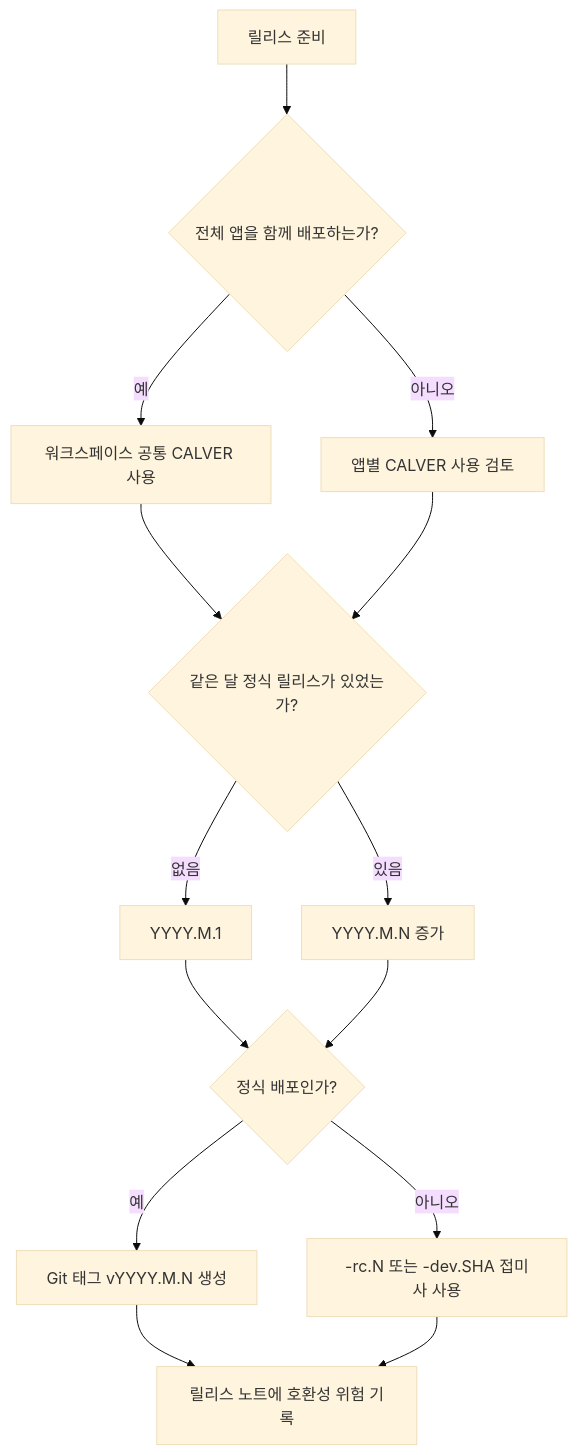
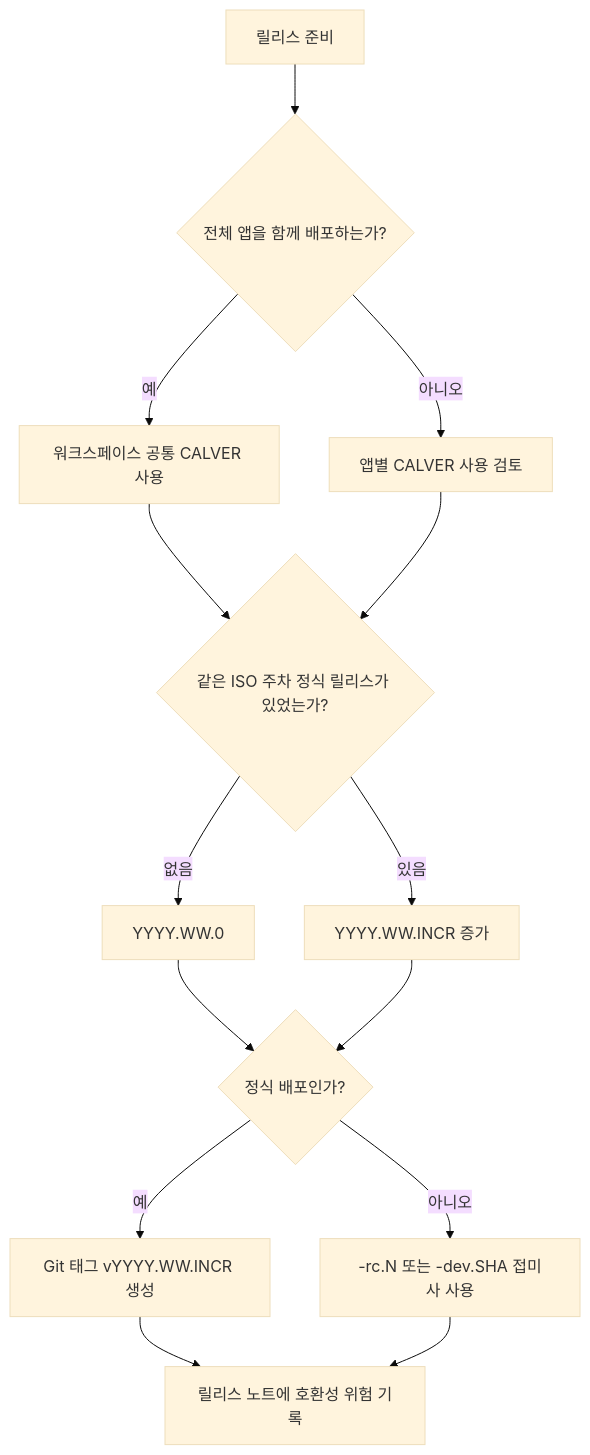
One commit to yoophi/agentic-workspace changed the diagram in docs/calver-versioning-review.md. Above: the diagram before and after it, drawn with Mermaid (base theme). The commit also changed other lines of this file and 7 other files, not shown here.

````diff
--- a/docs/calver-versioning-review.md
+++ b/docs/calver-versioning-review.md
@@ -80,16 +80,16 @@
 ```mermaid
 flowchart TD
   A[릴리스 준비] --> B{전체 앱을 함께 배포하는가?}
   B -->|예| C[워크스페이스 공통 CALVER 사용]
   B -->|아니오| D[앱별 CALVER 사용 검토]
-  C --> E{같은 달 정식 릴리스가 있었는가?}
+  C --> E{같은 ISO 주차 정식 릴리스가 있었는가?}
   D --> E
-  E -->|없음| F[YYYY.M.1]
-  E -->|있음| G[YYYY.M.N 증가]
+  E -->|없음| F[YYYY.WW.0]
+  E -->|있음| G[YYYY.WW.INCR 증가]
   F --> H{정식 배포인가?}
   G --> H
-  H -->|예| I[Git 태그 vYYYY.M.N 생성]
+  H -->|예| I[Git 태그 vYYYY.WW.INCR 생성]
   H -->|아니오| J[-rc.N 또는 -dev.SHA 접미사 사용]
   I --> K[릴리스 노트에 호환성 위험 기록]
   J --> K
 ```
````
